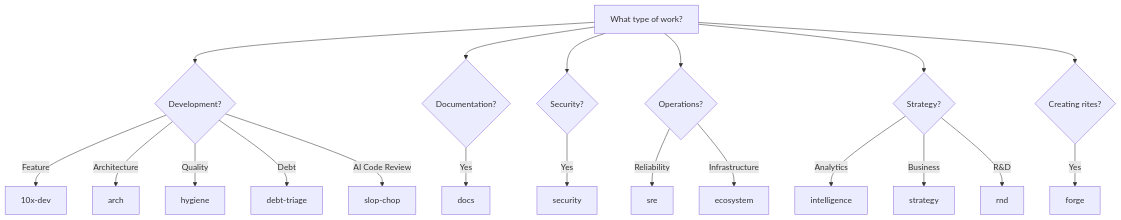
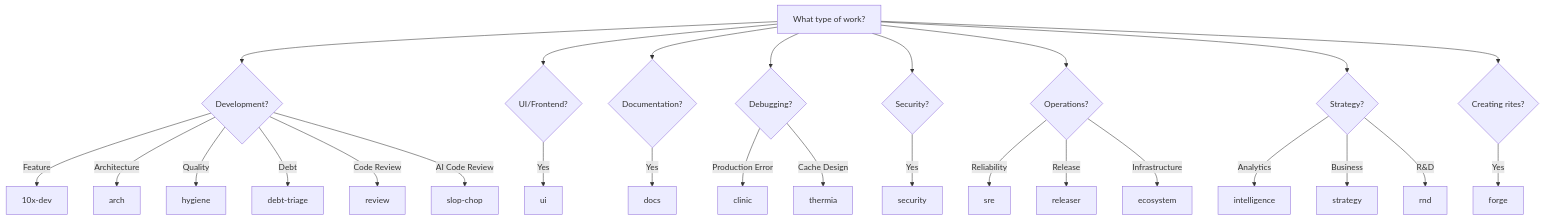
One commit to autom8y/knossos changed the diagram in docs/doctrine/rites/index.md. Above: the diagram before and after it, drawn with Mermaid. The commit also changed other lines of this file and 51 other files, not shown here.

````diff
--- a/docs/doctrine/rites/index.md
+++ b/docs/doctrine/rites/index.md
@@ -79,27 +95,36 @@
 ```mermaid
 flowchart TD
     A[What type of work?] --> B{Development?}
     B -->|Feature| C[10x-dev]
     B -->|Architecture| AR[arch]
     B -->|Quality| D[hygiene]
     B -->|Debt| E[debt-triage]
+    B -->|Code Review| RV[review]
     B -->|AI Code Review| SC[slop-chop]
+
+    A --> UI{UI/Frontend?}
+    UI -->|Yes| U[ui]
 
     A --> F{Documentation?}
     F -->|Yes| G[docs]
+
+    A --> DBG{Debugging?}
+    DBG -->|Production Error| CL[clinic]
+    DBG -->|Cache Design| TH[thermia]
 
     A --> H{Security?}
     H -->|Yes| I[security]
 
     A --> J{Operations?}
     J -->|Reliability| K[sre]
+    J -->|Release| RL[releaser]
     J -->|Infrastructure| L[ecosystem]
 
     A --> M{Strategy?}
     M -->|Analytics| N[intelligence]
     M -->|Business| O[strategy]
     M -->|R&D| P[rnd]
 
     A --> Q{Creating rites?}
     Q -->|Yes| R[forge]
 ```
````
